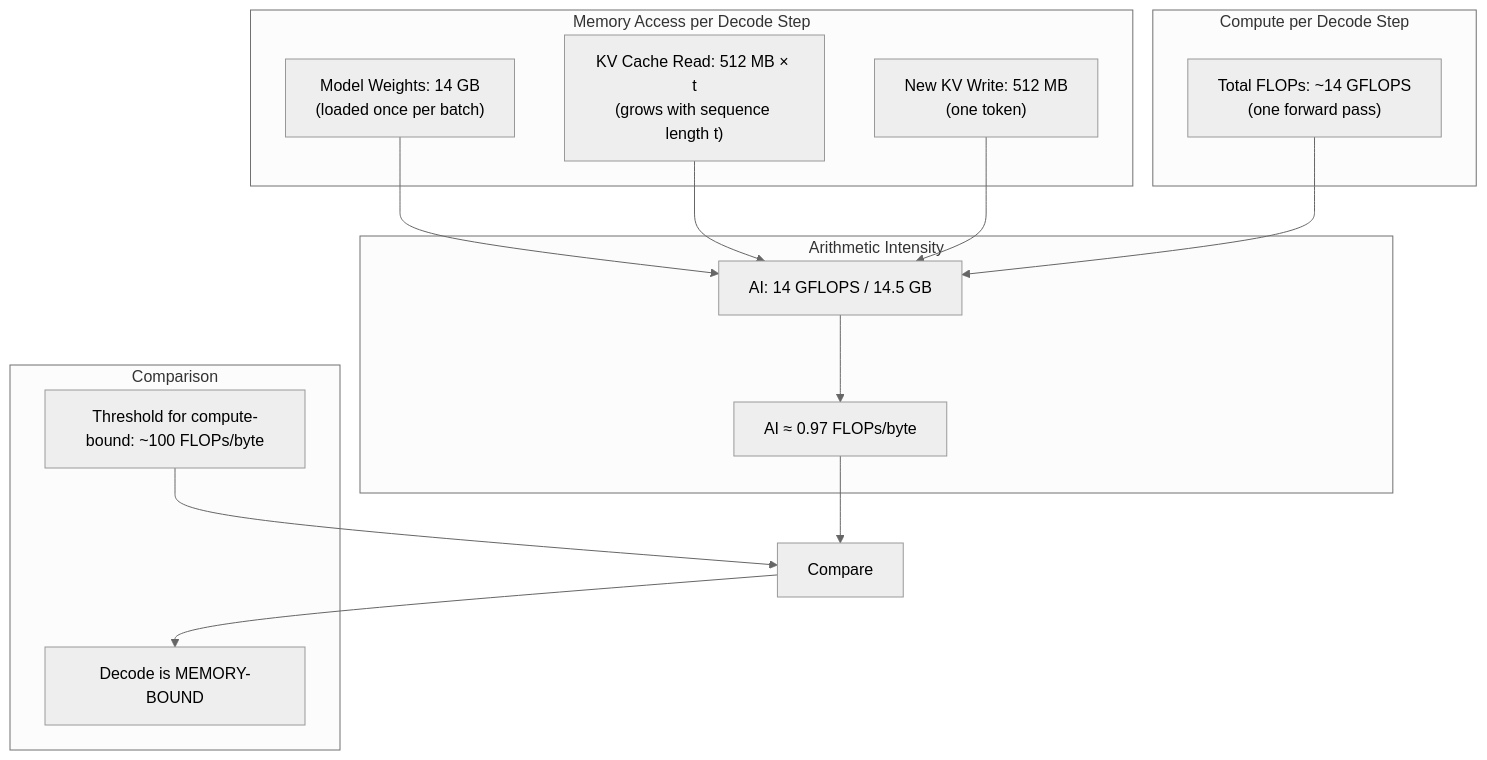
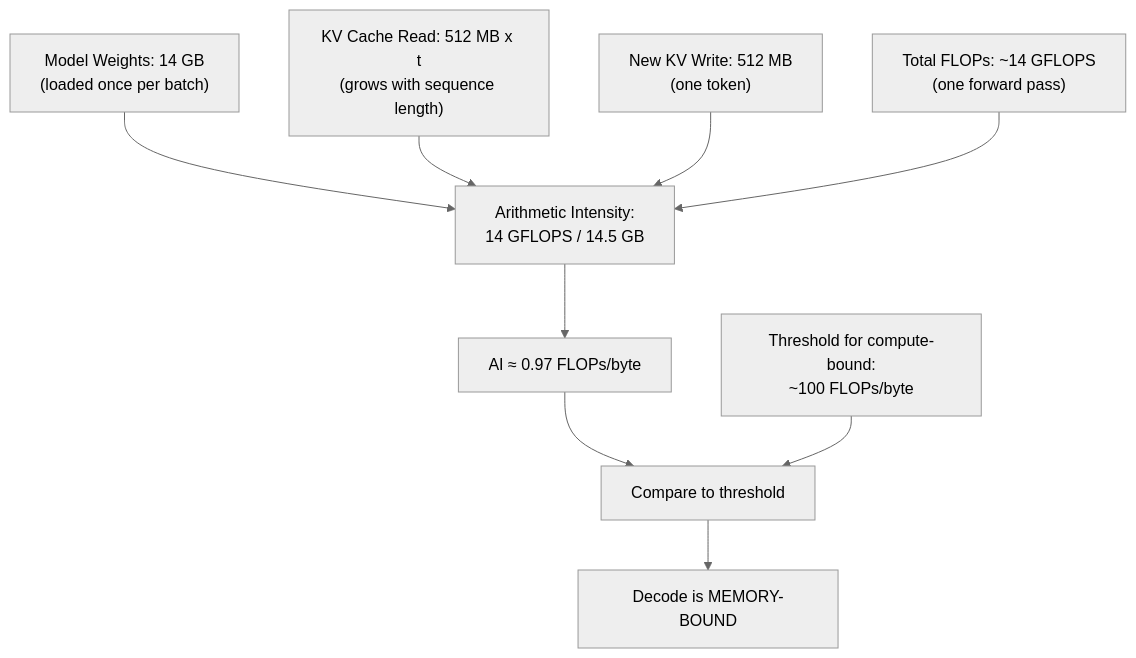
One commit to Shahriarin2garden/vllm_from_scratch changed diagram 20 of 37 in lab0.2/README.md. Above: the diagram before and after it, drawn with Mermaid (neutral theme). The commit also changed other lines of this file, not shown here.

Commit message:
Refactor diagrams in README.md for improved clarity and consistency

````diff
--- a/lab0.2/README.md
+++ b/lab0.2/README.md
@@ -716,25 +640,12 @@
 ```mermaid
 graph TD
-    subgraph "Memory Access per Decode Step"
-        Weights["Model Weights: 14 GB<br/>(loaded once per batch)"]
-        KVRead["KV Cache Read: 512 MB × t<br/>(grows with sequence length t)"]
-        KVWrite["New KV Write: 512 MB<br/>(one token)"]
-    end
-    subgraph "Compute per Decode Step"
-        FLOPS["Total FLOPs: ~14 GFLOPS<br/>(one forward pass)"]
-    end
-    subgraph "Arithmetic Intensity"
-        AI_calc["AI: 14 GFLOPS / 14.5 GB"]
-        AI_val["AI ≈ 0.97 FLOPs/byte"]
-    end
-    subgraph "Comparison"
-        Threshold["Threshold for compute-bound: ~100 FLOPs/byte"]
-        Conclusion["Decode is MEMORY-BOUND"]
-    end
-    Weights & KVRead & KVWrite --> AI_calc
-    FLOPS --> AI_calc
-    AI_calc --> AI_val
-    AI_val --> Compare["Compare"]
-    Threshold --> Compare
-    Compare --> Conclusion
+    Weights["Model Weights: 14 GB<br/>(loaded once per batch)"] --> AI_calc
+    KVRead["KV Cache Read: 512 MB x t<br/>(grows with sequence length)"] --> AI_calc
+    KVWrite["New KV Write: 512 MB<br/>(one token)"] --> AI_calc
+    FLOPS["Total FLOPs: ~14 GFLOPS<br/>(one forward pass)"] --> AI_calc
+    
+    AI_calc["Arithmetic Intensity:<br/>14 GFLOPS / 14.5 GB"] --> AI_val["AI ≈ 0.97 FLOPs/byte"]
+    AI_val --> Compare[Compare to threshold]
+    Threshold["Threshold for compute-bound:<br/>~100 FLOPs/byte"] --> Compare
+    Compare --> Conclusion["Decode is MEMORY-BOUND"]
 ```
````
